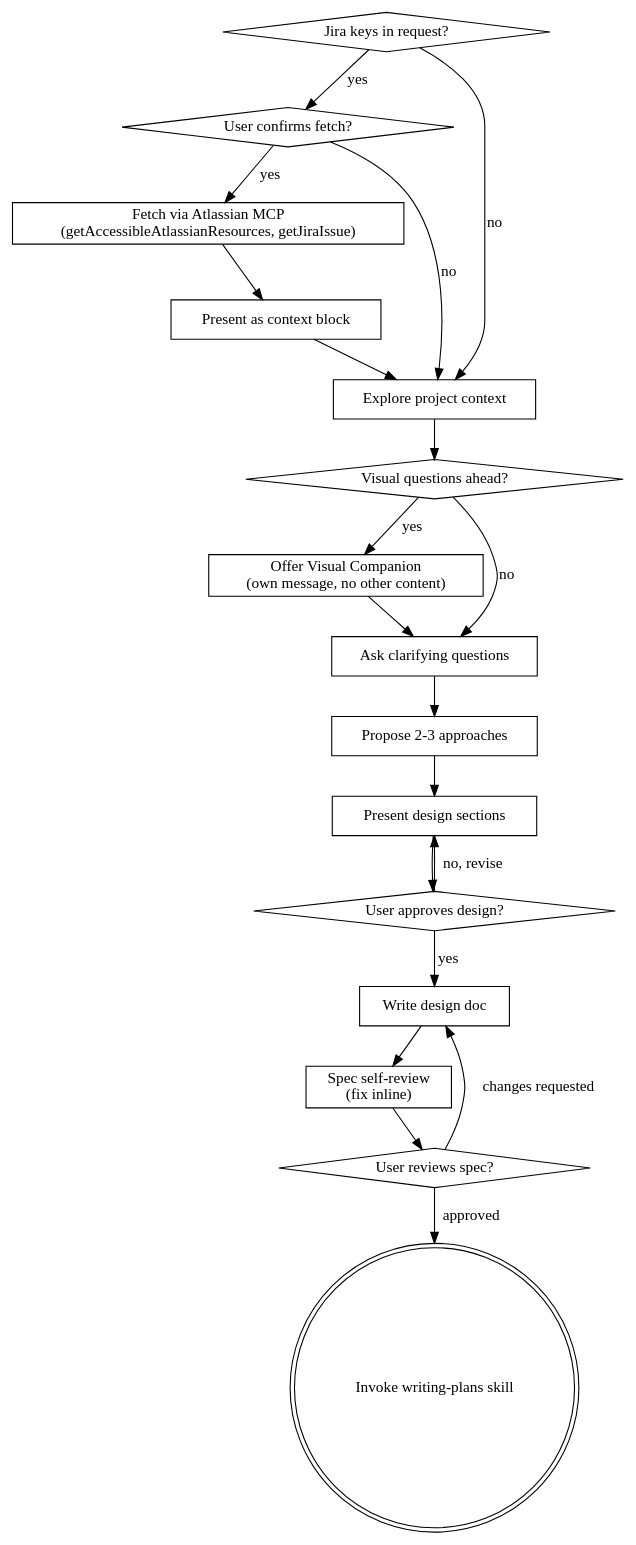
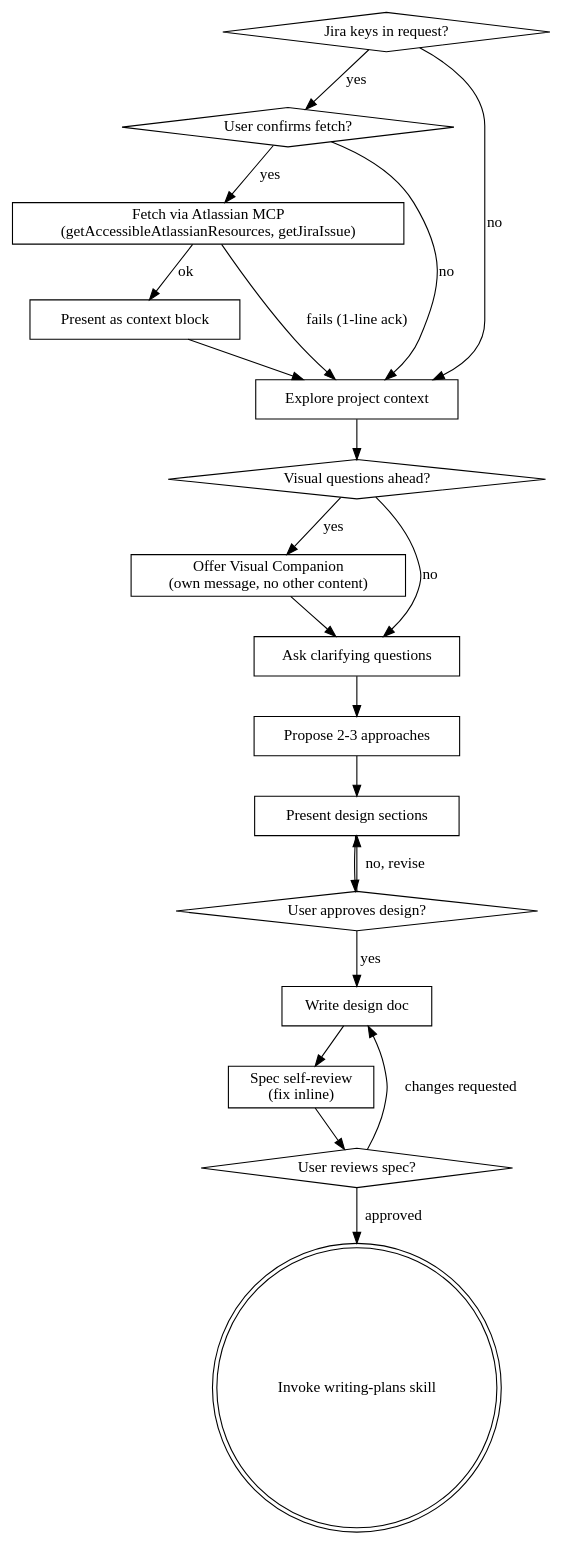
Before and after one commit to zroman88/superpowers: the diagram in skills/brainstorming/SKILL.md, drawn with Graphviz. The commit also changed other lines of this file and 4 other files, not shown here.

````diff
--- a/skills/brainstorming/SKILL.md
+++ b/skills/brainstorming/SKILL.md
@@ -37,39 +37,40 @@
 ```dot
 digraph brainstorming {
     "Jira keys in request?" [shape=diamond];
     "User confirms fetch?" [shape=diamond];
     "Fetch via Atlassian MCP\n(getAccessibleAtlassianResources, getJiraIssue)" [shape=box];
     "Present as context block" [shape=box];
     "Explore project context" [shape=box];
     "Visual questions ahead?" [shape=diamond];
     "Offer Visual Companion\n(own message, no other content)" [shape=box];
     "Ask clarifying questions" [shape=box];
     "Propose 2-3 approaches" [shape=box];
     "Present design sections" [shape=box];
     "User approves design?" [shape=diamond];
     "Write design doc" [shape=box];
     "Spec self-review\n(fix inline)" [shape=box];
     "User reviews spec?" [shape=diamond];
     "Invoke writing-plans skill" [shape=doublecircle];
 
     "Jira keys in request?" -> "User confirms fetch?" [label="yes"];
     "Jira keys in request?" -> "Explore project context" [label="no"];
     "User confirms fetch?" -> "Fetch via Atlassian MCP\n(getAccessibleAtlassianResources, getJiraIssue)" [label="yes"];
     "User confirms fetch?" -> "Explore project context" [label="no"];
-    "Fetch via Atlassian MCP\n(getAccessibleAtlassianResources, getJiraIssue)" -> "Present as context block";
+    "Fetch via Atlassian MCP\n(getAccessibleAtlassianResources, getJiraIssue)" -> "Present as context block" [label="ok"];
+    "Fetch via Atlassian MCP\n(getAccessibleAtlassianResources, getJiraIssue)" -> "Explore project context" [label="fails (1-line ack)"];
     "Present as context block" -> "Explore project context";
     "Explore project context" -> "Visual questions ahead?";
     "Visual questions ahead?" -> "Offer Visual Companion\n(own message, no other content)" [label="yes"];
     "Visual questions ahead?" -> "Ask clarifying questions" [label="no"];
     "Offer Visual Companion\n(own message, no other content)" -> "Ask clarifying questions";
     "Ask clarifying questions" -> "Propose 2-3 approaches";
     "Propose 2-3 approaches" -> "Present design sections";
     "Present design sections" -> "User approves design?";
     "User approves design?" -> "Present design sections" [label="no, revise"];
     "User approves design?" -> "Write design doc" [label="yes"];
     "Write design doc" -> "Spec self-review\n(fix inline)";
     "Spec self-review\n(fix inline)" -> "User reviews spec?";
     "User reviews spec?" -> "Write design doc" [label="changes requested"];
     "User reviews spec?" -> "Invoke writing-plans skill" [label="approved"];
 }
 ```
````
